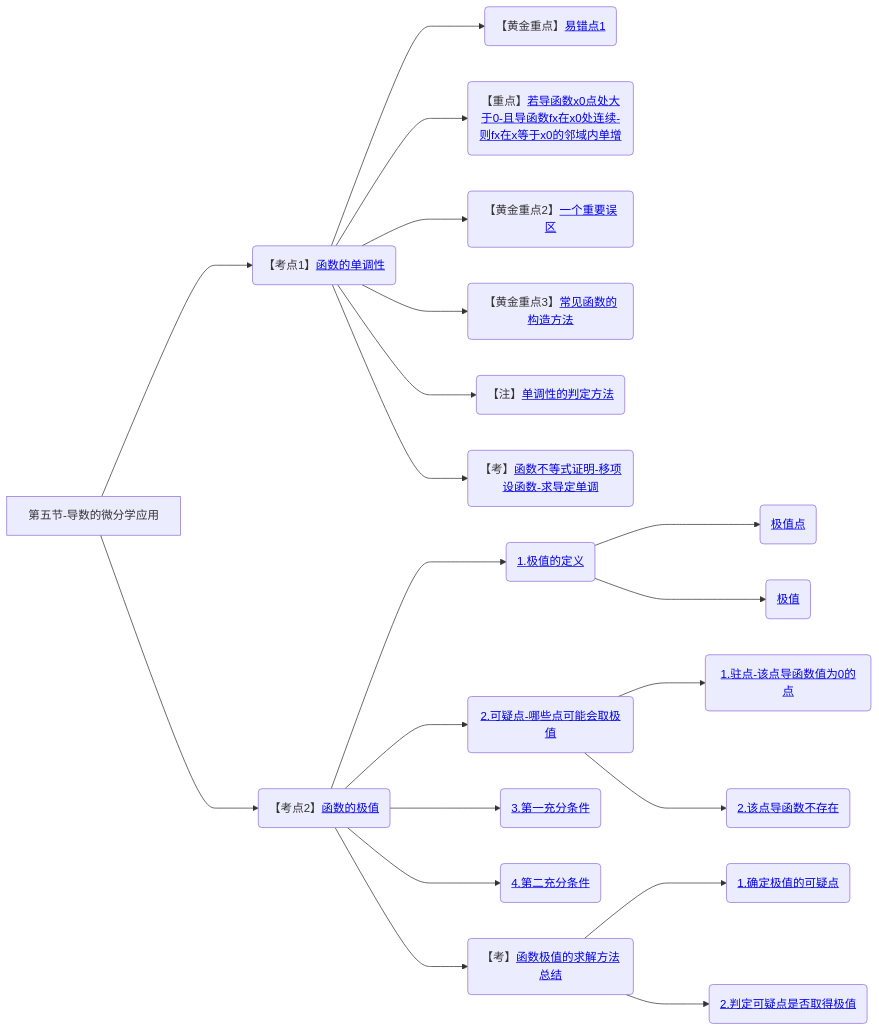
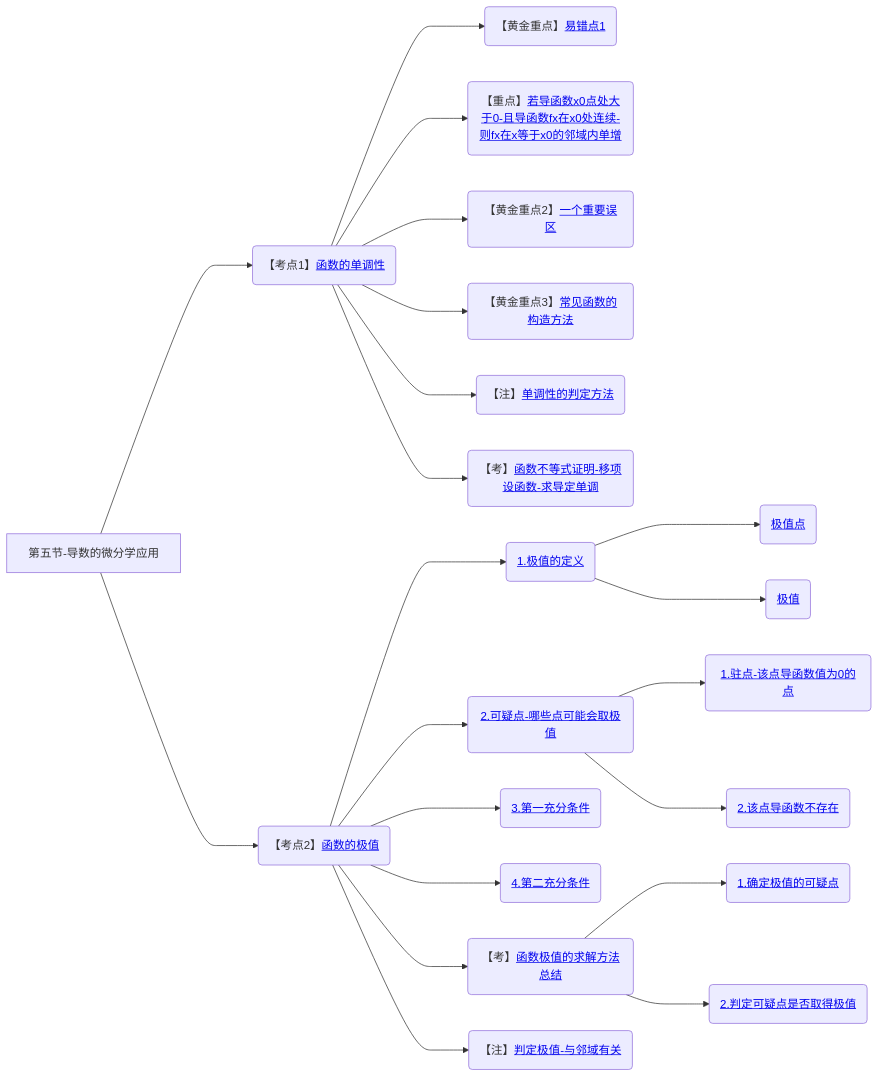
Before and after one commit to yuebinghui/note: diagram 15 of 15 in 笔记/数学/周洋鑫/01.基础班思维导图.md, drawn with Mermaid. The commit also changed 6 other files, not shown here.

````diff
--- a/笔记/数学/周洋鑫/01.基础班思维导图.md
+++ b/笔记/数学/周洋鑫/01.基础班思维导图.md
@@ -530,25 +530,26 @@
 ```mermaid
 graph LR
 第五节-导数的微分学应用
 
 第五节-导数的微分学应用--->函数的单调性(【考点1】<a href="/Users/yuebinghui/Documents/program/github/note/笔记/数学/周洋鑫/基础班/15.导数的微分学应用_1.md#函数的单调性">函数的单调性</>)
 函数的单调性--->易错点1(【黄金重点】<a href="/Users/yuebinghui/Documents/program/github/note/笔记/数学/周洋鑫/基础班/15.导数的微分学应用_1.md#易错点1">易错点1</>)
 函数的单调性--->若导函数x0点处大于0-且导函数fx在x0处连续-则fx在x等于x0的邻域内单增(【重点】<a href="/Users/yuebinghui/Documents/program/github/note/笔记/数学/周洋鑫/基础班/15.导数的微分学应用_1.md#若导函数x0点处大于0-且导函数fx在x0处连续-则fx在x等于x0的邻域内单增">若导函数x0点处大于0-且导函数fx在x0处连续-则fx在x等于x0的邻域内单增</>)
 函数的单调性--->一个重要误区(【黄金重点2】<a href="/Users/yuebinghui/Documents/program/github/note/笔记/数学/周洋鑫/基础班/15.导数的微分学应用_1.md#一个重要误区">一个重要误区</>)
 函数的单调性--->常见函数的构造方法(【黄金重点3】<a href="/Users/yuebinghui/Documents/program/github/note/笔记/数学/周洋鑫/基础班/15.导数的微分学应用_1.md#常见函数的构造方法">常见函数的构造方法</>)
 函数的单调性--->单调性的判定方法(【注】<a href="/Users/yuebinghui/Documents/program/github/note/笔记/数学/周洋鑫/基础班/15.导数的微分学应用_1.md#单调性的判定方法">单调性的判定方法</>)
 函数的单调性--->函数不等式证明-移项设函数-求导定单调(【考】<a href="/Users/yuebinghui/Documents/program/github/note/笔记/数学/周洋鑫/基础班/15.导数的微分学应用_1.md#函数不等式证明-移项设函数-求导定单调">函数不等式证明-移项设函数-求导定单调</>)
 
 第五节-导数的微分学应用--->函数的极值(【考点2】<a href="/Users/yuebinghui/Documents/program/github/note/笔记/数学/周洋鑫/基础班/16.导数的微分学应用_2.md#函数的极值">函数的极值</>)
 函数的极值--->1.极值的定义(<a href="/Users/yuebinghui/Documents/program/github/note/笔记/数学/周洋鑫/基础班/16.导数的微分学应用_2.md#1.极值的定义">1.极值的定义</>)
 1.极值的定义--->极值点(<a href="/Users/yuebinghui/Documents/program/github/note/笔记/数学/周洋鑫/基础班/16.导数的微分学应用_2.md#极值点">极值点</>)
 1.极值的定义--->极值(<a href="/Users/yuebinghui/Documents/program/github/note/笔记/数学/周洋鑫/基础班/16.导数的微分学应用_2.md#极值">极值</>)
 函数的极值--->2.可疑点-哪些点可能会取极值(<a href="/Users/yuebinghui/Documents/program/github/note/笔记/数学/周洋鑫/基础班/16.导数的微分学应用_2.md#2.可疑点-哪些点可能会取极值">2.可疑点-哪些点可能会取极值</>)
 2.可疑点-哪些点可能会取极值--->1.驻点-该点导函数值为0的点(<a href="/Users/yuebinghui/Documents/program/github/note/笔记/数学/周洋鑫/基础班/16.导数的微分学应用_2.md#1.驻点-该点导函数值为0的点">1.驻点-该点导函数值为0的点</>)
 2.可疑点-哪些点可能会取极值--->2.该点导函数不存在(<a href="/Users/yuebinghui/Documents/program/github/note/笔记/数学/周洋鑫/基础班/16.导数的微分学应用_2.md#2.该点导函数不存在">2.该点导函数不存在</>)
 函数的极值--->3.第一充分条件(<a href="/Users/yuebinghui/Documents/program/github/note/笔记/数学/周洋鑫/基础班/16.导数的微分学应用_2.md#3.第一充分条件">3.第一充分条件</>)
 函数的极值--->4.第二充分条件(<a href="/Users/yuebinghui/Documents/program/github/note/笔记/数学/周洋鑫/基础班/16.导数的微分学应用_2.md#4.第二充分条件">4.第二充分条件</>)
 函数的极值--->函数极值的求解方法总结(【考】<a href="/Users/yuebinghui/Documents/program/github/note/笔记/数学/周洋鑫/基础班/16.导数的微分学应用_2.md#函数极值的求解方法总结">函数极值的求解方法总结</>)
 函数极值的求解方法总结--->1.确定极值的可疑点(<a href="/Users/yuebinghui/Documents/program/github/note/笔记/数学/周洋鑫/基础班/16.导数的微分学应用_2.md#1.确定极值的可疑点">1.确定极值的可疑点</>)
 函数极值的求解方法总结--->2.判定可疑点是否取得极值(<a href="/Users/yuebinghui/Documents/program/github/note/笔记/数学/周洋鑫/基础班/16.导数的微分学应用_2.md#2.判定可疑点是否取得极值">2.判定可疑点是否取得极值</>)
+函数的极值--->判定极值-与邻域有关(【注】<a href="/Users/yuebinghui/Documents/program/github/note/笔记/数学/周洋鑫/基础班/16.导数的微分学应用_2.md#判定极值-与邻域有关">判定极值-与邻域有关</>)
 ```
````
